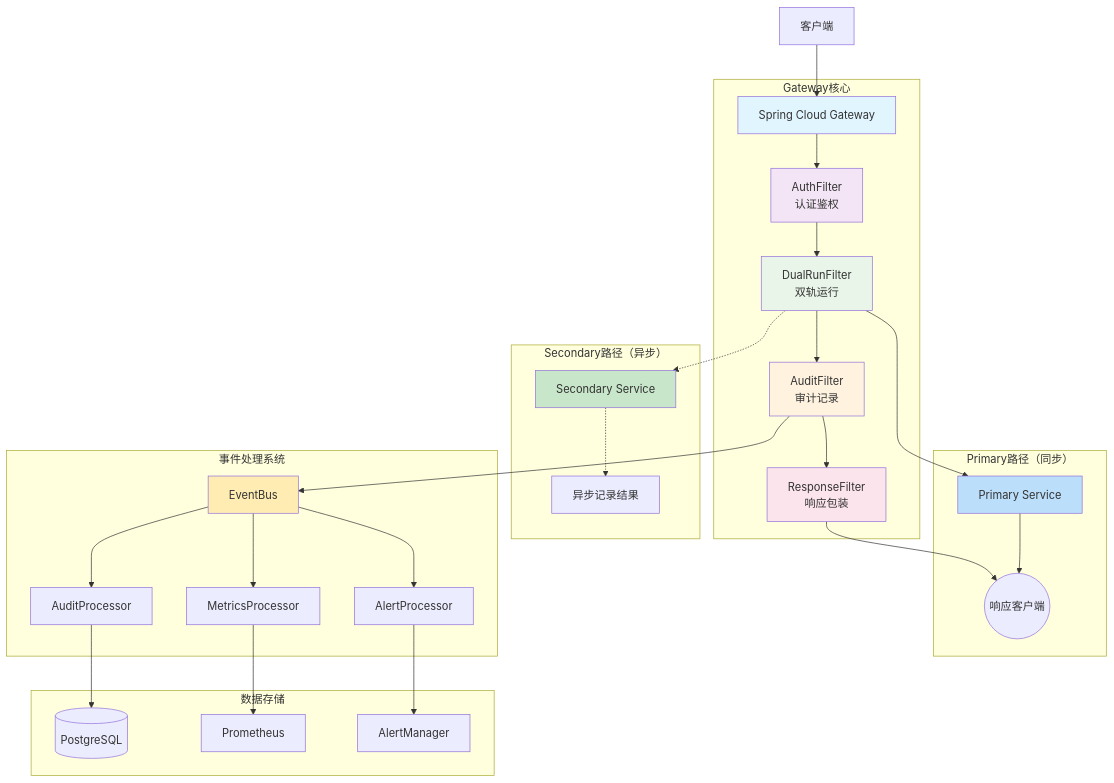
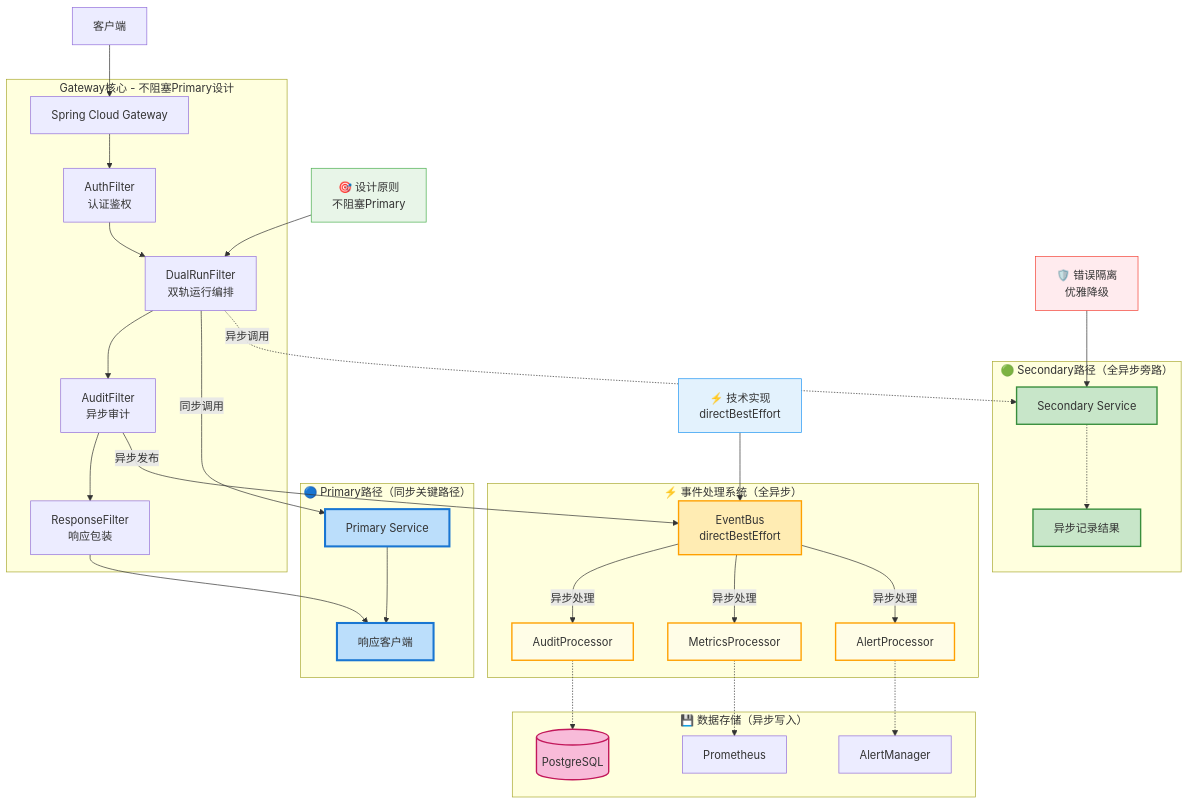
Before and after one commit to waylondev/terminal: the first of 14 diagrams in assets/architecture-diagrams-new.md, drawn with Mermaid. The commit also changed other lines of this file, not shown here.

First line of the commit message:
docs(architecture): update architecture diagrams with async design details

````diff
--- a/assets/architecture-diagrams-new.md
+++ b/assets/architecture-diagrams-new.md
@@ -7,45 +7,64 @@
 ```mermaid
 graph TB
     A[客户端] --> B[Spring Cloud Gateway]
     
-    subgraph "Gateway核心"
+    subgraph "Gateway核心 - 不阻塞Primary设计"
         B --> C[AuthFilter<br/>认证鉴权]
-        C --> D[DualRunFilter<br/>双轨运行]
-        D --> E[AuditFilter<br/>审计记录]
+        C --> D[DualRunFilter<br/>双轨运行编排]
+        D --> E[AuditFilter<br/>异步审计]
         E --> F[ResponseFilter<br/>响应包装]
     end
     
-    subgraph "Primary路径（同步）"
-        D --> G[Primary Service]
-        G --> H((响应客户端))
+    subgraph "🔵 Primary路径（同步关键路径）"
+        D -->|同步调用| G[Primary Service]
+        G --> H[响应客户端]
+        
+        style G fill:#bbdefb,stroke:#1976d2,stroke-width:3px
+        style H fill:#bbdefb,stroke:#1976d2,stroke-width:3px
     end
     
-    subgraph "Secondary路径（异步）"
-        D -.-> I[Secondary Service]
+    subgraph "🟢 Secondary路径（全异步旁路）"
+        D -.->|异步调用| I[Secondary Service]
         I -.-> J[异步记录结果]
+        
+        style I fill:#c8e6c9,stroke:#388e3c,stroke-width:2px
+        style J fill:#c8e6c9,stroke:#388e3c,stroke-width:2px
     end
     
-    subgraph "事件处理系统"
-        E --> K[EventBus]
-        K --> L[AuditProcessor]
-        K --> M[MetricsProcessor]
-        K --> N[AlertProcessor]
+    subgraph "⚡ 事件处理系统（全异步）"
+        E -->|异步发布| K[EventBus<br/>directBestEffort]
+        K -->|异步处理| L[AuditProcessor]
+        K -->|异步处理| M[MetricsProcessor]
+        K -->|异步处理| N[AlertProcessor]
+        
+        style K fill:#ffecb3,stroke:#ffa000,stroke-width:2px
     end
     
-    subgraph "数据存储"
-        L --> O[(PostgreSQL)]
-        M --> P[Prometheus]
-        N --> Q[AlertManager]
+    subgraph "💾 数据存储（异步写入）"
+        L -.-> O[(PostgreSQL)]
+        M -.-> P[Prometheus]
+        N -.-> Q[AlertManager]
+        
+        style O fill:#f8bbd9,stroke:#c2185b,stroke-width:2px
     end
     
     F --> H
     
-    style B fill:#e1f5fe
-    style C fill:#f3e5f5
-    style D fill:#e8f5e8
-    style E fill:#fff3e0
-    style F fill:#fce4ec
-    style G fill:#bbdefb
-    style I fill:#c8e6c9
-    style K fill:#ffecb3
+    %% 关键路径标注
+    classDef primaryPath fill:#e3f2fd,stroke:#1976d2,stroke-width:3px
+    classDef asyncPath fill:#f1f8e9,stroke:#388e3c,stroke-width:2px,dashed
+    classDef eventPath fill:#fffde7,stroke:#ffa000,stroke-width:2px
+    
+    class G,H primaryPath
+    class I,J asyncPath
+    class K,L,M,N eventPath
+    
+    %% 设计原则标注
+    P1["🎯 设计原则<br/>不阻塞Primary"] --> D
+    P2["⚡ 技术实现<br/>directBestEffort"] --> K
+    P3["🛡️ 错误隔离<br/>优雅降级"] --> I
+    
+    style P1 fill:#e8f5e8,stroke:#4caf50
+    style P2 fill:#e3f2fd,stroke:#2196f3
+    style P3 fill:#ffebee,stroke:#f44336
 ```
````
